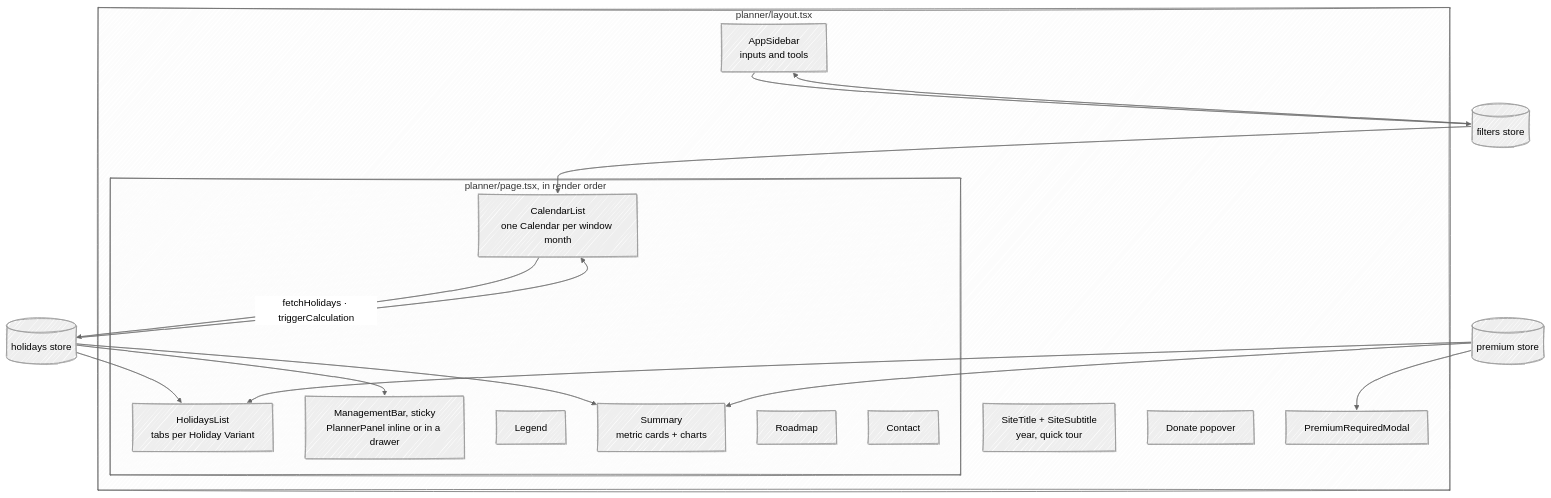
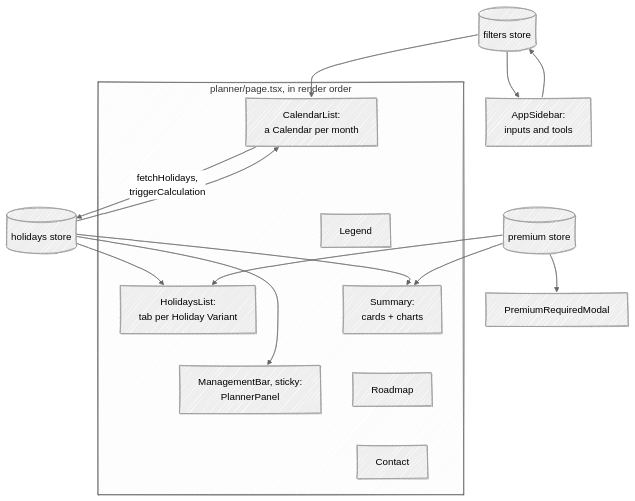
One commit to fbuireu/forever-pto changed the first of 2 diagrams in apps/docs/src/content/docs/how-it-works/planner-ui.mdx. Above: the diagram before and after it, drawn with Mermaid (neutral theme). The commit also changed other lines of this file and 16 other files, not shown here.

First line of the commit message:
docs(docs): fix how-it-works drift and rework the diagrams to read at column width

````diff
--- a/apps/docs/src/content/docs/how-it-works/planner-ui.mdx
+++ b/apps/docs/src/content/docs/how-it-works/planner-ui.mdx
@@ -10,30 +10,25 @@
 ```mermaid
 ---
 config:
   look: handDrawn
   layout: dagre
 ---
 flowchart TB
-  subgraph layout [planner/layout.tsx]
-    SB[AppSidebar<br/>inputs and tools]
-    TITLE[SiteTitle + SiteSubtitle<br/>year, quick tour]
-    subgraph page [planner/page.tsx, in render order]
-      HL[HolidaysList<br/>tabs per Holiday Variant]
-      MB[ManagementBar, sticky<br/>PlannerPanel inline or in a drawer]
-      CL[CalendarList<br/>one Calendar per window month]
-      LG[Legend]
-      SM[Summary<br/>metric cards + charts]
-      RM[Roadmap]
-      CT[Contact]
-    end
-    DN[Donate popover]
-    PM[PremiumRequiredModal]
-  end
-  FS[(filters store)] --> SB
+  FS[(filters store)] --> SB["AppSidebar:<br/>inputs and tools"]
   SB --> FS
   FS --> CL
-  CL -->|fetchHolidays · triggerCalculation| HS[(holidays store)]
+  subgraph page [planner/page.tsx, in render order]
+    HL["HolidaysList:<br/>tab per Holiday Variant"]
+    MB["ManagementBar, sticky:<br/>PlannerPanel"]
+    CL["CalendarList:<br/>a Calendar per month"]
+    LG[Legend]
+    SM["Summary:<br/>cards + charts"]
+    RM[Roadmap]
+    CT[Contact]
+    HL ~~~ MB ~~~ CL ~~~ LG ~~~ SM ~~~ RM ~~~ CT
+  end
+  CL -->|"fetchHolidays,<br/>triggerCalculation"| HS[(holidays store)]
   HS --> HL & MB & CL & SM
-  PS[(premium store)] --> PM
-  PS --> HL & SM
+  PS[(premium store)] --> HL & SM
+  PS --> PM[PremiumRequiredModal]
 ```
````
